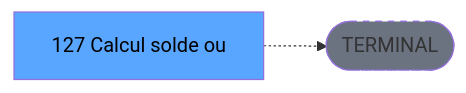
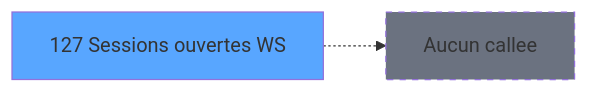
One commit to thonyAGP/magic-migration changed the third of 3 diagrams in .openspec/specs/ADH-IDE-127.md. Above: the diagram before and after it, drawn with Mermaid. The commit also changed other lines of this file and 311 other files, not shown here.

````diff
--- a/.openspec/specs/ADH-IDE-127.md
+++ b/.openspec/specs/ADH-IDE-127.md
@@ -141,8 +163,8 @@
 ```mermaid
 graph LR
-    T[127 Calcul solde ou]
-    TERM([TERMINAL])
-    T -.-> TERM
-    style TERM fill:#6b7280,stroke-dasharray: 5 5
-    style T fill:#58a6ff,color:#000
+    T127[127 Sessions ouvertes WS]
+    style T127 fill:#58a6ff
+    NONE[Aucun callee]
+    T127 -.-> NONE
+    style NONE fill:#6b7280,stroke-dasharray: 5 5
 ```
````
